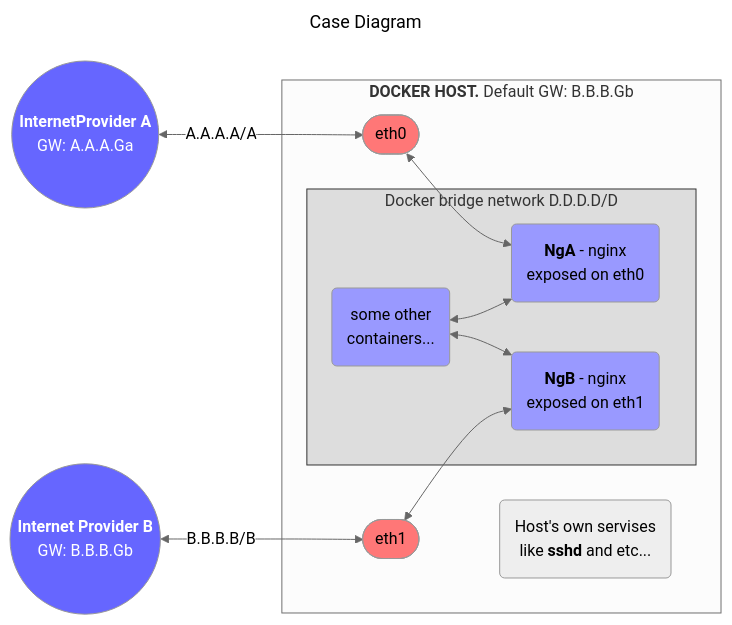
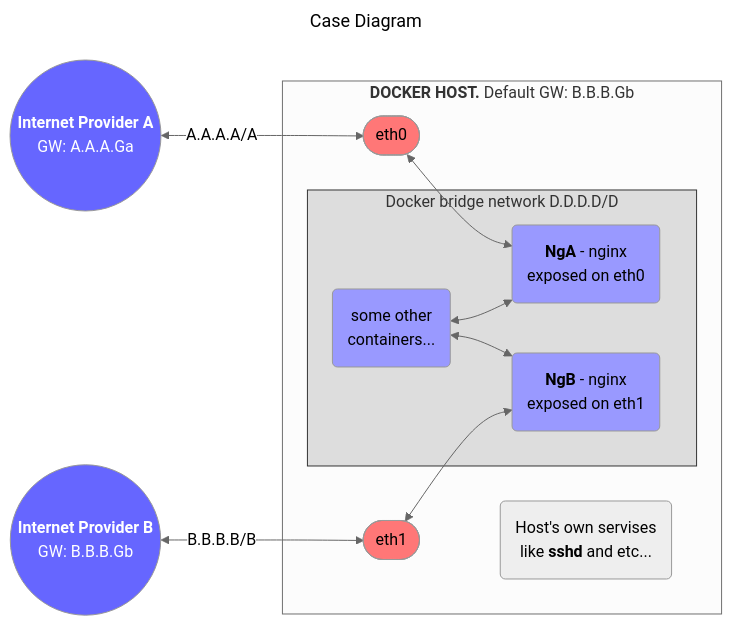
One commit to mikhalakis/notes changed the diagram in multihomed-docker-host-routing.md. Above: the diagram before and after it, drawn with Mermaid (neutral theme).

````diff
--- a/multihomed-docker-host-routing.md
+++ b/multihomed-docker-host-routing.md
@@ -3,29 +3,29 @@
 ```mermaid
 ---
 title: Case Diagram
 ---
 graph LR
-    ISPA(("<b>InternetProvider A</b><br>GW: A.A.A.Ga")) <--A.A.A.A/A--> eth0
+    ISPA(("<b>Internet Provider A</b><br>GW: A.A.A.Ga")) <--A.A.A.A/A--> eth0
     subgraph host ["<b>DOCKER HOST.</b> Default GW: B.B.B.Gb"]
         eth0([eth0]) <--> NgA
         subgraph dnet ["Docker bridge network D.D.D.D/D"]
             NgA("<b>NgA</b> - nginx<br>exposed on eth0")
             DC("some other<br>containers...")
             NgB("<b>NgB</b> - nginx<br>exposed on eth1")
             DC <--> NgA
             DC <--> NgB
         end
         eth1([eth1]) <--> NgB
         
         S("Host's own servises<br>like <b>sshd</b> and etc...")
       end
     ISPB(("<b>Internet Provider B</b><br>GW: B.B.B.Gb")) <--B.B.B.B/B--> eth1
     style dnet fill:#ddd,stroke:#333,font-weigth:bold;
     classDef Isp fill:#66F,color:white;
     classDef Srv fill:#99F;
     classDef net fill:#F77;
     class ISPA,ISPB,eth Isp;
     class NgA,NgB,DC Srv;
     class eth0,eth1 net;
     
 ```
````
